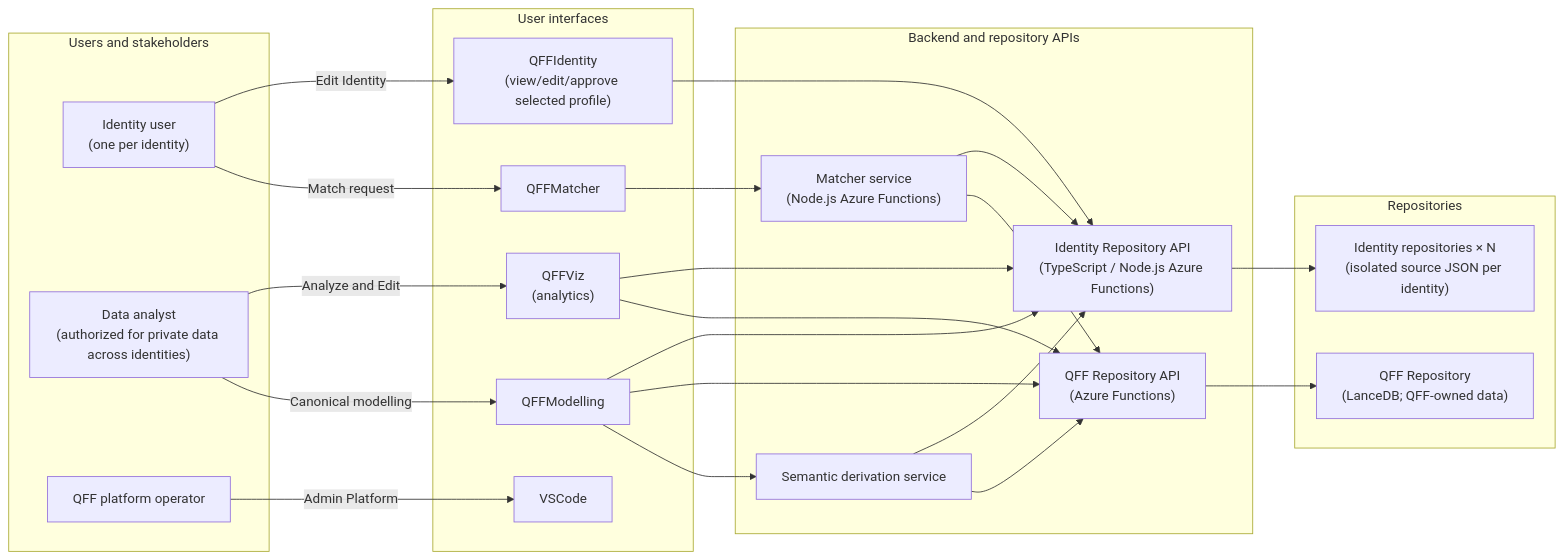
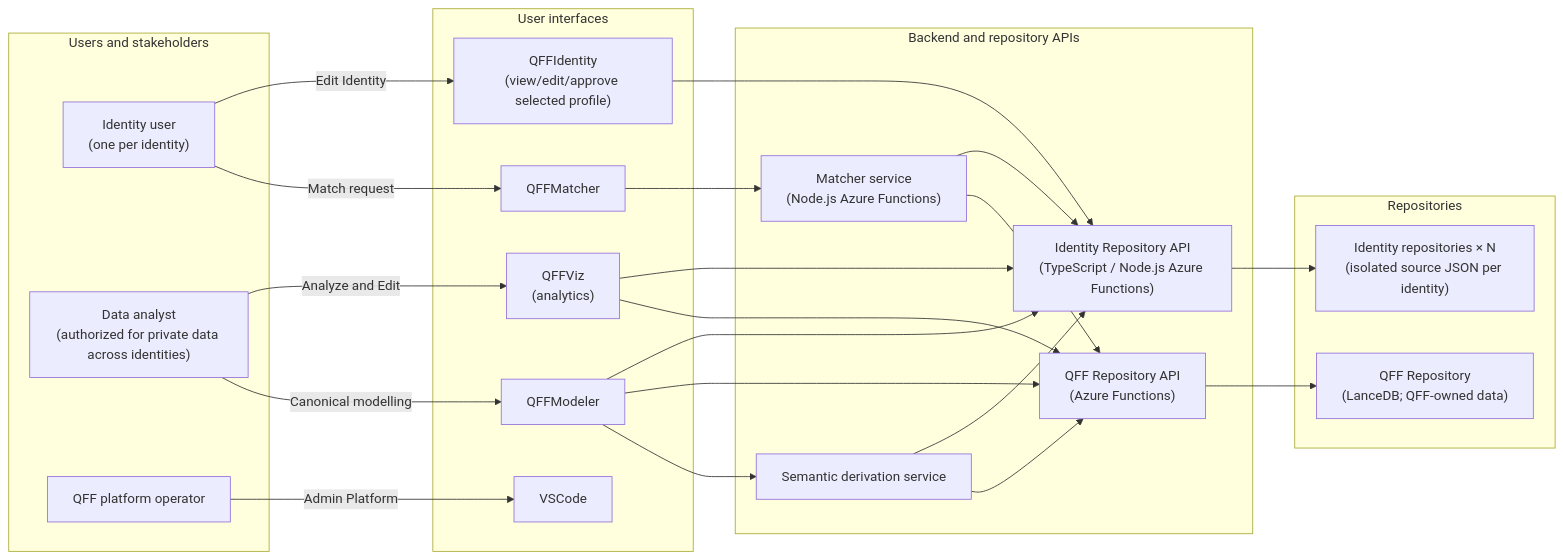
One commit to ZenMe-AU/ZBApp changed the diagram in module/QFF/plan-canonical-ontology.md. Above: the diagram before and after it, drawn with Mermaid. The commit also changed other lines of this file and 10 other files, not shown here.

Commit message:
rename QFFModelling to QFFModeler

````diff
--- a/module/QFF/plan-canonical-ontology.md
+++ b/module/QFF/plan-canonical-ontology.md
@@ -24,44 +24,44 @@
 ```mermaid
 flowchart LR
   subgraph People["Users and stakeholders"]
     IdentityUser["Identity user<br/>(one per identity)"]
     Analyst["Data analyst<br/>(authorized for private data across identities)"]
     Operator["QFF platform operator"]
   end
 
   subgraph UIs["User interfaces"]
     AdminPortal["VSCode"]
     IdentityUI["QFFIdentity<br/>(view/edit/approve selected profile)"]
     QFFViz["QFFViz<br/>(analytics)"]
-    ModelingUI["QFFModelling"]
+    ModelingUI["QFFModeler"]
     RequestUI["QFFMatcher"]
   end
 
   subgraph Services["Backend and repository APIs"]
     IdentityAPI["Identity Repository API<br/>(TypeScript / Node.js Azure Functions)"]
     QFFAPI["QFF Repository API<br/>(Azure Functions)"]
     Matcher["Matcher service<br/>(Node.js Azure Functions)"]
     Derivation["Semantic derivation service"]
   end
 
   subgraph Data["Repositories"]
     IdentityStores["Identity repositories × N<br/>(isolated source JSON per identity)"]
     QFFStore["QFF Repository<br/>(LanceDB; QFF-owned data)"]
   end
 
   IdentityUser -- Edit Identity --> IdentityUI --> IdentityAPI --> IdentityStores
   Analyst -- Analyze and Edit --> QFFViz
   QFFViz --> IdentityAPI
   QFFViz --> QFFAPI
   Analyst -- Canonical modelling --> ModelingUI
   ModelingUI --> IdentityAPI
   ModelingUI --> QFFAPI
   ModelingUI --> Derivation
   IdentityUser -- Match request --> RequestUI --> Matcher
   Matcher --> IdentityAPI
   Matcher --> QFFAPI
   Derivation --> IdentityAPI
   Derivation --> QFFAPI
   QFFAPI --> QFFStore
   Operator -- Admin Platform --> AdminPortal
 ```
````
